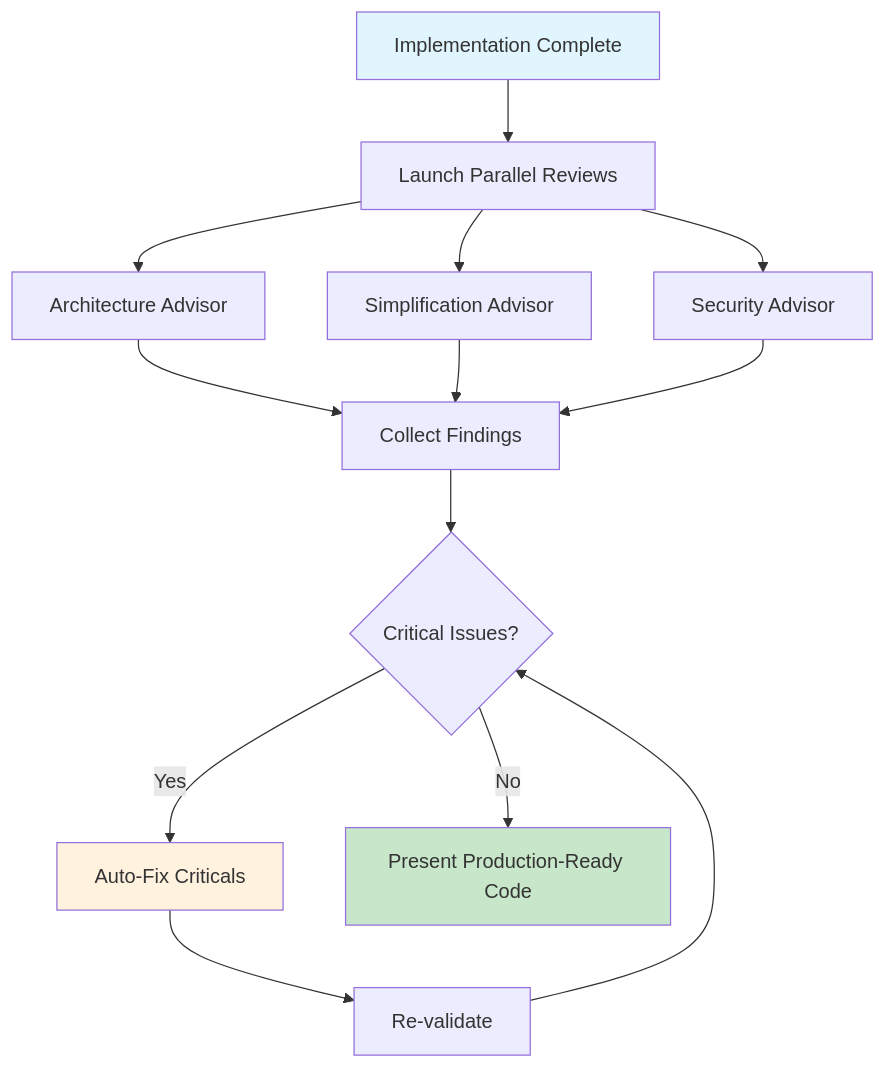
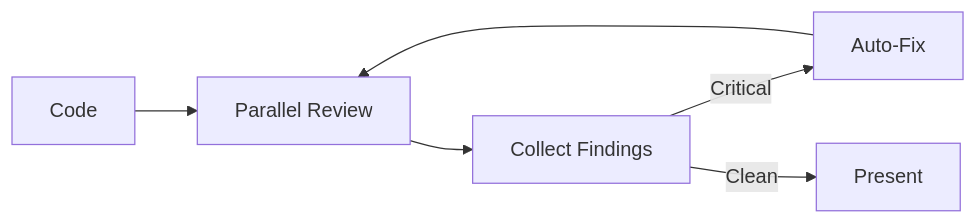
The first of 2 diagrams in docs/patterns/multi-agent-code-review.md (ambient-code/reference), drawn with Mermaid before and after one commit. The commit also changed other lines of this file and 8 other files, not shown here.

First line of the commit message:
docs: simplify mermaid diagrams for visual clarity (#17)

````diff
--- a/docs/patterns/multi-agent-code-review.md
+++ b/docs/patterns/multi-agent-code-review.md
@@ -13,19 +13,8 @@
 ```mermaid
-flowchart TD
-    A[Implementation Complete] --> B[Launch Parallel Reviews]
-    B --> C1[Architecture Advisor]
-    B --> C2[Simplification Advisor]
-    B --> C3[Security Advisor]
-    C1 --> D[Collect Findings]
-    C2 --> D
-    C3 --> D
-    D --> E{Critical Issues?}
-    E -->|Yes| F[Auto-Fix Criticals]
-    F --> G[Re-validate]
-    G --> E
-    E -->|No| H[Present Production-Ready Code]
-
-    style A fill:#e1f5fe
-    style H fill:#c8e6c9
-    style F fill:#fff3e0
+flowchart LR
+    A[Code] --> B[Parallel Review]
+    B --> C[Collect Findings]
+    C -->|Critical| D[Auto-Fix]
+    D --> B
+    C -->|Clean| E[Present]
 ```
````
